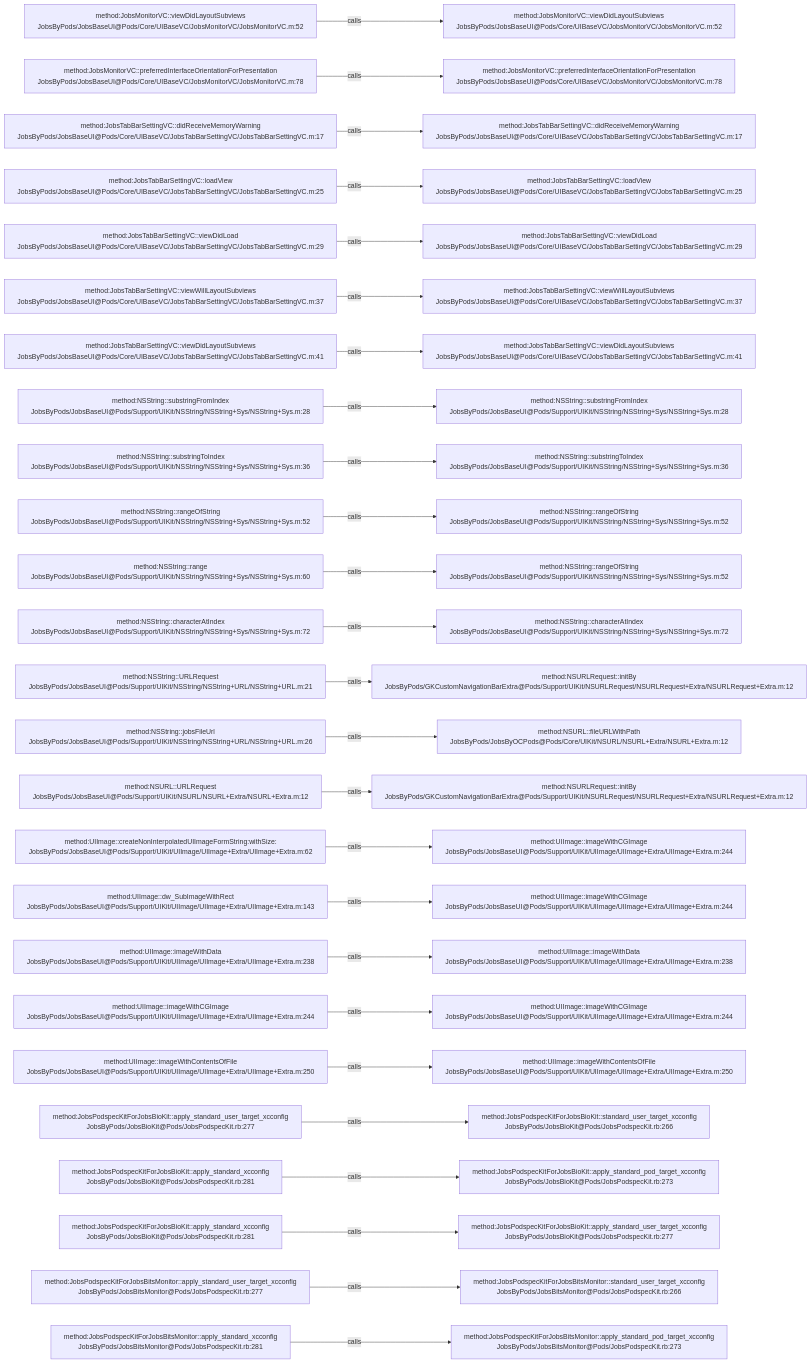
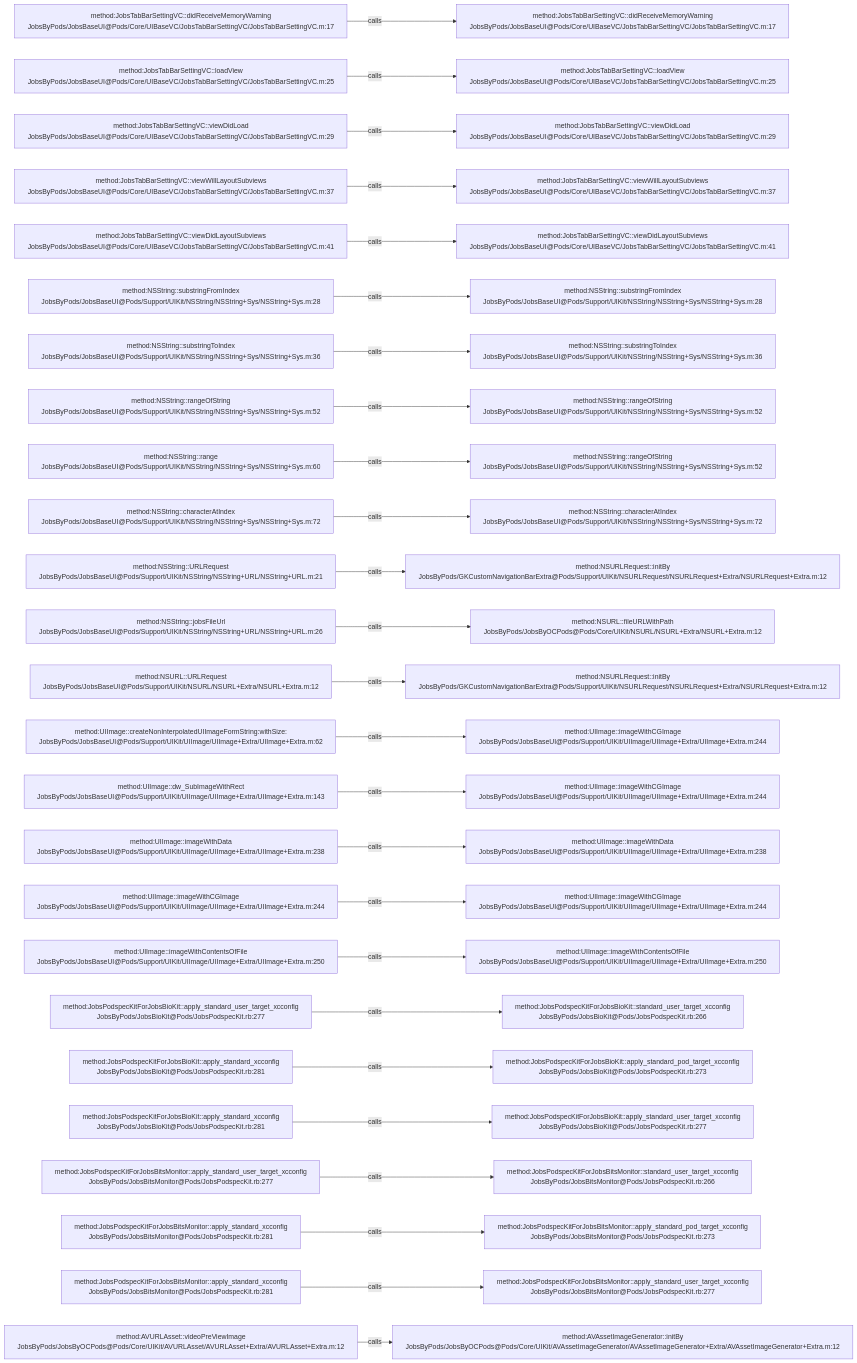
Before and after one commit to JobsKits/JobsOCBaseConfigDemo: the diagram in .codegraph/codegraph.md/graphs/calls-003.md, drawn with Mermaid. The commit also changed 727 other files, not shown here.

````diff
--- a/.codegraph/codegraph.md/graphs/calls-003.md
+++ b/.codegraph/codegraph.md/graphs/calls-003.md
@@ -13,78 +13,78 @@
 ```mermaid
 flowchart LR
-  S1["method:JobsMonitorVC::viewDidLayoutSubviews<br/>JobsByPods/JobsBaseUI@Pods/Core/UIBaseVC/JobsMonitorVC/JobsMonitorVC.m:52"]
-  T1["method:JobsMonitorVC::viewDidLayoutSubviews<br/>JobsByPods/JobsBaseUI@Pods/Core/UIBaseVC/JobsMonitorVC/JobsMonitorVC.m:52"]
+  S1["method:JobsTabBarSettingVC::didReceiveMemoryWarning<br/>JobsByPods/JobsBaseUI@Pods/Core/UIBaseVC/JobsTabBarSettingVC/JobsTabBarSettingVC.m:17"]
+  T1["method:JobsTabBarSettingVC::didReceiveMemoryWarning<br/>JobsByPods/JobsBaseUI@Pods/Core/UIBaseVC/JobsTabBarSettingVC/JobsTabBarSettingVC.m:17"]
   S1 -->|calls| T1
-  S2["method:JobsMonitorVC::preferredInterfaceOrientationForPresentation<br/>JobsByPods/JobsBaseUI@Pods/Core/UIBaseVC/JobsMonitorVC/JobsMonitorVC.m:78"]
-  T2["method:JobsMonitorVC::preferredInterfaceOrientationForPresentation<br/>JobsByPods/JobsBaseUI@Pods/Core/UIBaseVC/JobsMonitorVC/JobsMonitorVC.m:78"]
+  S2["method:JobsTabBarSettingVC::loadView<br/>JobsByPods/JobsBaseUI@Pods/Core/UIBaseVC/JobsTabBarSettingVC/JobsTabBarSettingVC.m:25"]
+  T2["method:JobsTabBarSettingVC::loadView<br/>JobsByPods/JobsBaseUI@Pods/Core/UIBaseVC/JobsTabBarSettingVC/JobsTabBarSettingVC.m:25"]
   S2 -->|calls| T2
-  S3["method:JobsTabBarSettingVC::didReceiveMemoryWarning<br/>JobsByPods/JobsBaseUI@Pods/Core/UIBaseVC/JobsTabBarSettingVC/JobsTabBarSettingVC.m:17"]
-  T3["method:JobsTabBarSettingVC::didReceiveMemoryWarning<br/>JobsByPods/JobsBaseUI@Pods/Core/UIBaseVC/JobsTabBarSettingVC/JobsTabBarSettingVC.m:17"]
+  S3["method:JobsTabBarSettingVC::viewDidLoad<br/>JobsByPods/JobsBaseUI@Pods/Core/UIBaseVC/JobsTabBarSettingVC/JobsTabBarSettingVC.m:29"]
+  T3["method:JobsTabBarSettingVC::viewDidLoad<br/>JobsByPods/JobsBaseUI@Pods/Core/UIBaseVC/JobsTabBarSettingVC/JobsTabBarSettingVC.m:29"]
   S3 -->|calls| T3
-  S4["method:JobsTabBarSettingVC::loadView<br/>JobsByPods/JobsBaseUI@Pods/Core/UIBaseVC/JobsTabBarSettingVC/JobsTabBarSettingVC.m:25"]
-  T4["method:JobsTabBarSettingVC::loadView<br/>JobsByPods/JobsBaseUI@Pods/Core/UIBaseVC/JobsTabBarSettingVC/JobsTabBarSettingVC.m:25"]
+  S4["method:JobsTabBarSettingVC::viewWillLayoutSubviews<br/>JobsByPods/JobsBaseUI@Pods/Core/UIBaseVC/JobsTabBarSettingVC/JobsTabBarSettingVC.m:37"]
+  T4["method:JobsTabBarSettingVC::viewWillLayoutSubviews<br/>JobsByPods/JobsBaseUI@Pods/Core/UIBaseVC/JobsTabBarSettingVC/JobsTabBarSettingVC.m:37"]
   S4 -->|calls| T4
-  S5["method:JobsTabBarSettingVC::viewDidLoad<br/>JobsByPods/JobsBaseUI@Pods/Core/UIBaseVC/JobsTabBarSettingVC/JobsTabBarSettingVC.m:29"]
-  T5["method:JobsTabBarSettingVC::viewDidLoad<br/>JobsByPods/JobsBaseUI@Pods/Core/UIBaseVC/JobsTabBarSettingVC/JobsTabBarSettingVC.m:29"]
+  S5["method:JobsTabBarSettingVC::viewDidLayoutSubviews<br/>JobsByPods/JobsBaseUI@Pods/Core/UIBaseVC/JobsTabBarSettingVC/JobsTabBarSettingVC.m:41"]
+  T5["method:JobsTabBarSettingVC::viewDidLayoutSubviews<br/>JobsByPods/JobsBaseUI@Pods/Core/UIBaseVC/JobsTabBarSettingVC/JobsTabBarSettingVC.m:41"]
   S5 -->|calls| T5
-  S6["method:JobsTabBarSettingVC::viewWillLayoutSubviews<br/>JobsByPods/JobsBaseUI@Pods/Core/UIBaseVC/JobsTabBarSettingVC/JobsTabBarSettingVC.m:37"]
-  T6["method:JobsTabBarSettingVC::viewWillLayoutSubviews<br/>JobsByPods/JobsBaseUI@Pods/Core/UIBaseVC/JobsTabBarSettingVC/JobsTabBarSettingVC.m:37"]
+  S6["method:NSString::substringFromIndex<br/>JobsByPods/JobsBaseUI@Pods/Support/UIKit/NSString/NSString+Sys/NSString+Sys.m:28"]
+  T6["method:NSString::substringFromIndex<br/>JobsByPods/JobsBaseUI@Pods/Support/UIKit/NSString/NSString+Sys/NSString+Sys.m:28"]
   S6 -->|calls| T6
-  S7["method:JobsTabBarSettingVC::viewDidLayoutSubviews<br/>JobsByPods/JobsBaseUI@Pods/Core/UIBaseVC/JobsTabBarSettingVC/JobsTabBarSettingVC.m:41"]
-  T7["method:JobsTabBarSettingVC::viewDidLayoutSubviews<br/>JobsByPods/JobsBaseUI@Pods/Core/UIBaseVC/JobsTabBarSettingVC/JobsTabBarSettingVC.m:41"]
+  S7["method:NSString::substringToIndex<br/>JobsByPods/JobsBaseUI@Pods/Support/UIKit/NSString/NSString+Sys/NSString+Sys.m:36"]
+  T7["method:NSString::substringToIndex<br/>JobsByPods/JobsBaseUI@Pods/Support/UIKit/NSString/NSString+Sys/NSString+Sys.m:36"]
   S7 -->|calls| T7
-  S8["method:NSString::substringFromIndex<br/>JobsByPods/JobsBaseUI@Pods/Support/UIKit/NSString/NSString+Sys/NSString+Sys.m:28"]
-  T8["method:NSString::substringFromIndex<br/>JobsByPods/JobsBaseUI@Pods/Support/UIKit/NSString/NSString+Sys/NSString+Sys.m:28"]
+  S8["method:NSString::rangeOfString<br/>JobsByPods/JobsBaseUI@Pods/Support/UIKit/NSString/NSString+Sys/NSString+Sys.m:52"]
+  T8["method:NSString::rangeOfString<br/>JobsByPods/JobsBaseUI@Pods/Support/UIKit/NSString/NSString+Sys/NSString+Sys.m:52"]
   S8 -->|calls| T8
-  S9["method:NSString::substringToIndex<br/>JobsByPods/JobsBaseUI@Pods/Support/UIKit/NSString/NSString+Sys/NSString+Sys.m:36"]
-  T9["method:NSString::substringToIndex<br/>JobsByPods/JobsBaseUI@Pods/Support/UIKit/NSString/NSString+Sys/NSString+Sys.m:36"]
+  S9["method:NSString::range<br/>JobsByPods/JobsBaseUI@Pods/Support/UIKit/NSString/NSString+Sys/NSString+Sys.m:60"]
+  T9["method:NSString::rangeOfString<br/>JobsByPods/JobsBaseUI@Pods/Support/UIKit/NSString/NSString+Sys/NSString+Sys.m:52"]
   S9 -->|calls| T9
-  S10["method:NSString::rangeOfString<br/>JobsByPods/JobsBaseUI@Pods/Support/UIKit/NSString/NSString+Sys/NSString+Sys.m:52"]
-  T10["method:NSString::rangeOfString<br/>JobsByPods/JobsBaseUI@Pods/Support/UIKit/NSString/NSString+Sys/NSString+Sys.m:52"]
+  S10["method:NSString::characterAtIndex<br/>JobsByPods/JobsBaseUI@Pods/Support/UIKit/NSString/NSString+Sys/NSString+Sys.m:72"]
+  T10["method:NSString::characterAtIndex<br/>JobsByPods/JobsBaseUI@Pods/Support/UIKit/NSString/NSString+Sys/NSString+Sys.m:72"]
   S10 -->|calls| T10
-  S11["method:NSString::range<br/>JobsByPods/JobsBaseUI@Pods/Support/UIKit/NSString/NSString+Sys/NSString+Sys.m:60"]
-  T11["method:NSString::rangeOfString<br/>JobsByPods/JobsBaseUI@Pods/Support/UIKit/NSString/NSString+Sys/NSString+Sys.m:52"]
+  S11["method:NSString::URLRequest<br/>JobsByPods/JobsBaseUI@Pods/Support/UIKit/NSString/NSString+URL/NSString+URL.m:21"]
+  T11["method:NSURLRequest::initBy<br/>JobsByPods/GKCustomNavigationBarExtra@Pods/Support/UIKit/NSURLRequest/NSURLRequest+Extra/NSURLRequest+Extra.m:12"]
   S11 -->|calls| T11
-  S12["method:NSString::characterAtIndex<br/>JobsByPods/JobsBaseUI@Pods/Support/UIKit/NSString/NSString+Sys/NSString+Sys.m:72"]
-  T12["method:NSString::characterAtIndex<br/>JobsByPods/JobsBaseUI@Pods/Support/UIKit/NSString/NSString+Sys/NSString+Sys.m:72"]
+  S12["method:NSString::jobsFileUrl<br/>JobsByPods/JobsBaseUI@Pods/Support/UIKit/NSString/NSString+URL/NSString+URL.m:26"]
+  T12["method:NSURL::fileURLWithPath<br/>JobsByPods/JobsByOCPods@Pods/Core/UIKit/NSURL/NSURL+Extra/NSURL+Extra.m:12"]
   S12 -->|calls| T12
-  S13["method:NSString::URLRequest<br/>JobsByPods/JobsBaseUI@Pods/Support/UIKit/NSString/NSString+URL/NSString+URL.m:21"]
+  S13["method:NSURL::URLRequest<br/>JobsByPods/JobsBaseUI@Pods/Support/UIKit/NSURL/NSURL+Extra/NSURL+Extra.m:12"]
   T13["method:NSURLRequest::initBy<br/>JobsByPods/GKCustomNavigationBarExtra@Pods/Support/UIKit/NSURLRequest/NSURLRequest+Extra/NSURLRequest+Extra.m:12"]
   S13 -->|calls| T13
-  S14["method:NSString::jobsFileUrl<br/>JobsByPods/JobsBaseUI@Pods/Support/UIKit/NSString/NSString+URL/NSString+URL.m:26"]
-  T14["method:NSURL::fileURLWithPath<br/>JobsByPods/JobsByOCPods@Pods/Core/UIKit/NSURL/NSURL+Extra/NSURL+Extra.m:12"]
+  S14["method:UIImage::createNonInterpolatedUIImageFormString:withSize:<br/>JobsByPods/JobsBaseUI@Pods/Support/UIKit/UIImage/UIImage+Extra/UIImage+Extra.m:62"]
+  T14["method:UIImage::imageWithCGImage<br/>JobsByPods/JobsBaseUI@Pods/Support/UIKit/UIImage/UIImage+Extra/UIImage+Extra.m:244"]
   S14 -->|calls| T14
-  S15["method:NSURL::URLRequest<br/>JobsByPods/JobsBaseUI@Pods/Support/UIKit/NSURL/NSURL+Extra/NSURL+Extra.m:12"]
-  T15["method:NSURLRequest::initBy<br/>JobsByPods/GKCustomNavigationBarExtra@Pods/Support/UIKit/NSURLRequest/NSURLRequest+Extra/NSURLRequest+Extra.m:12"]
+  S15["method:UIImage::dw_SubImageWithRect<br/>JobsByPods/JobsBaseUI@Pods/Support/UIKit/UIImage/UIImage+Extra/UIImage+Extra.m:143"]
+  T15["method:UIImage::imageWithCGImage<br/>JobsByPods/JobsBaseUI@Pods/Support/UIKit/UIImage/UIImage+Extra/UIImage+Extra.m:244"]
   S15 -->|calls| T15
-  S16["method:UIImage::createNonInterpolatedUIImageFormString:withSize:<br/>JobsByPods/JobsBaseUI@Pods/Support/UIKit/UIImage/UIImage+Extra/UIImage+Extra.m:62"]
-  T16["method:UIImage::imageWithCGImage<br/>JobsByPods/JobsBaseUI@Pods/Support/UIKit/UIImage/UIImage+Extra/UIImage+Extra.m:244"]
+  S16["method:UIImage::imageWithData<br/>JobsByPods/JobsBaseUI@Pods/Support/UIKit/UIImage/UIImage+Extra/UIImage+Extra.m:238"]
+  T16["method:UIImage::imageWithData<br/>JobsByPods/JobsBaseUI@Pods/Support/UIKit/UIImage/UIImage+Extra/UIImage+Extra.m:238"]
   S16 -->|calls| T16
-  S17["method:UIImage::dw_SubImageWithRect<br/>JobsByPods/JobsBaseUI@Pods/Support/UIKit/UIImage/UIImage+Extra/UIImage+Extra.m:143"]
+  S17["method:UIImage::imageWithCGImage<br/>JobsByPods/JobsBaseUI@Pods/Support/UIKit/UIImage/UIImage+Extra/UIImage+Extra.m:244"]
   T17["method:UIImage::imageWithCGImage<br/>JobsByPods/JobsBaseUI@Pods/Support/UIKit/UIImage/UIImage+Extra/UIImage+Extra.m:244"]
   S17 -->|calls| T17
-  S18["method:UIImage::imageWithData<br/>JobsByPods/JobsBaseUI@Pods/Support/UIKit/UIImage/UIImage+Extra/UIImage+Extra.m:238"]
-  T18["method:UIImage::imageWithData<br/>JobsByPods/JobsBaseUI@Pods/Support/UIKit/UIImage/UIImage+Extra/UIImage+Extra.m:238"]
+  S18["method:UIImage::imageWithContentsOfFile<br/>JobsByPods/JobsBaseUI@Pods/Support/UIKit/UIImage/UIImage+Extra/UIImage+Extra.m:250"]
+  T18["method:UIImage::imageWithContentsOfFile<br/>JobsByPods/JobsBaseUI@Pods/Support/UIKit/UIImage/UIImage+Extra/UIImage+Extra.m:250"]
   S18 -->|calls| T18
-  S19["method:UIImage::imageWithCGImage<br/>JobsByPods/JobsBaseUI@Pods/Support/UIKit/UIImage/UIImage+Extra/UIImage+Extra.m:244"]
-  T19["method:UIImage::imageWithCGImage<br/>JobsByPods/JobsBaseUI@Pods/Support/UIKit/UIImage/UIImage+Extra/UIImage+Extra.m:244"]
+  S19["method:JobsPodspecKitForJobsBioKit::apply_standard_user_target_xcconfig<br/>JobsByPods/JobsBioKit@Pods/JobsPodspecKit.rb:277"]
+  T19["method:JobsPodspecKitForJobsBioKit::standard_user_target_xcconfig<br/>JobsByPods/JobsBioKit@Pods/JobsPodspecKit.rb:266"]
   S19 -->|calls| T19
-  S20["method:UIImage::imageWithContentsOfFile<br/>JobsByPods/JobsBaseUI@Pods/Support/UIKit/UIImage/UIImage+Extra/UIImage+Extra.m:250"]
-  T20["method:UIImage::imageWithContentsOfFile<br/>JobsByPods/JobsBaseUI@Pods/Support/UIKit/UIImage/UIImage+Extra/UIImage+Extra.m:250"]
+  S20["method:JobsPodspecKitForJobsBioKit::apply_standard_xcconfig<br/>JobsByPods/JobsBioKit@Pods/JobsPodspecKit.rb:281"]
+  T20["method:JobsPodspecKitForJobsBioKit::apply_standard_pod_target_xcconfig<br/>JobsByPods/JobsBioKit@Pods/JobsPodspecKit.rb:273"]
   S20 -->|calls| T20
-  S21["method:JobsPodspecKitForJobsBioKit::apply_standard_user_target_xcconfig<br/>JobsByPods/JobsBioKit@Pods/JobsPodspecKit.rb:277"]
-  T21["method:JobsPodspecKitForJobsBioKit::standard_user_target_xcconfig<br/>JobsByPods/JobsBioKit@Pods/JobsPodspecKit.rb:266"]
+  S21["method:JobsPodspecKitForJobsBioKit::apply_standard_xcconfig<br/>JobsByPods/JobsBioKit@Pods/JobsPodspecKit.rb:281"]
+  T21["method:JobsPodspecKitForJobsBioKit::apply_standard_user_target_xcconfig<br/>JobsByPods/JobsBioKit@Pods/JobsPodspecKit.rb:277"]
   S21 -->|calls| T21
-  S22["method:JobsPodspecKitForJobsBioKit::apply_standard_xcconfig<br/>JobsByPods/JobsBioKit@Pods/JobsPodspecKit.rb:281"]
-  T22["method:JobsPodspecKitForJobsBioKit::apply_standard_pod_target_xcconfig<br/>JobsByPods/JobsBioKit@Pods/JobsPodspecKit.rb:273"]
+  S22["method:JobsPodspecKitForJobsBitsMonitor::apply_standard_user_target_xcconfig<br/>JobsByPods/JobsBitsMonitor@Pods/JobsPodspecKit.rb:277"]
+  T22["method:JobsPodspecKitForJobsBitsMonitor::standard_user_target_xcconfig<br/>JobsByPods/JobsBitsMonitor@Pods/JobsPodspecKit.rb:266"]
   S22 -->|calls| T22
-  S23["method:JobsPodspecKitForJobsBioKit::apply_standard_xcconfig<br/>JobsByPods/JobsBioKit@Pods/JobsPodspecKit.rb:281"]
-  T23["method:JobsPodspecKitForJobsBioKit::apply_standard_user_target_xcconfig<br/>JobsByPods/JobsBioKit@Pods/JobsPodspecKit.rb:277"]
+  S23["method:JobsPodspecKitForJobsBitsMonitor::apply_standard_xcconfig<br/>JobsByPods/JobsBitsMonitor@Pods/JobsPodspecKit.rb:281"]
+  T23["method:JobsPodspecKitForJobsBitsMonitor::apply_standard_pod_target_xcconfig<br/>JobsByPods/JobsBitsMonitor@Pods/JobsPodspecKit.rb:273"]
   S23 -->|calls| T23
-  S24["method:JobsPodspecKitForJobsBitsMonitor::apply_standard_user_target_xcconfig<br/>JobsByPods/JobsBitsMonitor@Pods/JobsPodspecKit.rb:277"]
-  T24["method:JobsPodspecKitForJobsBitsMonitor::standard_user_target_xcconfig<br/>JobsByPods/JobsBitsMonitor@Pods/JobsPodspecKit.rb:266"]
+  S24["method:JobsPodspecKitForJobsBitsMonitor::apply_standard_xcconfig<br/>JobsByPods/JobsBitsMonitor@Pods/JobsPodspecKit.rb:281"]
+  T24["method:JobsPodspecKitForJobsBitsMonitor::apply_standard_user_target_xcconfig<br/>JobsByPods/JobsBitsMonitor@Pods/JobsPodspecKit.rb:277"]
   S24 -->|calls| T24
-  S25["method:JobsPodspecKitForJobsBitsMonitor::apply_standard_xcconfig<br/>JobsByPods/JobsBitsMonitor@Pods/JobsPodspecKit.rb:281"]
-  T25["method:JobsPodspecKitForJobsBitsMonitor::apply_standard_pod_target_xcconfig<br/>JobsByPods/JobsBitsMonitor@Pods/JobsPodspecKit.rb:273"]
+  S25["method:AVURLAsset::videoPreViewImage<br/>JobsByPods/JobsByOCPods@Pods/Core/UIKit/AVURLAsset/AVURLAsset+Extra/AVURLAsset+Extra.m:12"]
+  T25["method:AVAssetImageGenerator::initBy<br/>JobsByPods/JobsByOCPods@Pods/Core/UIKit/AVAssetImageGenerator/AVAssetImageGenerator+Extra/AVAssetImageGenerator+Extra.m:12"]
   S25 -->|calls| T25
 ```
````
